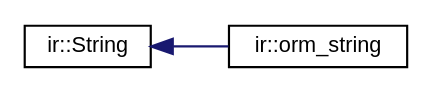
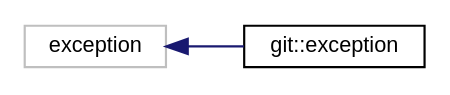
The diagram in inherit_graph_27.dot (haxscramper/code_forensics), drawn with Graphviz before and after one commit. The commit also changed 410 other files, not shown here.

```diff
--- a/inherit_graph_27.dot
+++ b/inherit_graph_27.dot
@@ -1,10 +1,10 @@
 digraph "Graphical Class Hierarchy"
 {
  // LATEX_PDF_SIZE
   edge [fontname="Helvetica",fontsize="10",labelfontname="Helvetica",labelfontsize="10"];
   node [fontname="Helvetica",fontsize="10",shape=record];
   rankdir="LR";
-  Node0 [label="ir::String",height=0.2,width=0.4,color="black", fillcolor="white", style="filled",URL="$structir_1_1_string.html",tooltip="Table of interned stirngs for different purposes."];
-  Node0 -> Node1 [dir="back",color="midnightblue",fontsize="10",style="solid",fontname="Helvetica"];
-  Node1 [label="ir::orm_string",height=0.2,width=0.4,color="black", fillcolor="white", style="filled",URL="$structir_1_1orm__string.html",tooltip="ORM wrapper for the string data."];
+  Node57 [label="exception",height=0.2,width=0.4,color="grey75", fillcolor="white", style="filled",tooltip=" "];
+  Node57 -> Node0 [dir="back",color="midnightblue",fontsize="10",style="solid",fontname="Helvetica"];
+  Node0 [label="git::exception",height=0.2,width=0.4,color="black", fillcolor="white", style="filled",URL="$structgit_1_1exception.html",tooltip=" "];
 }
```
